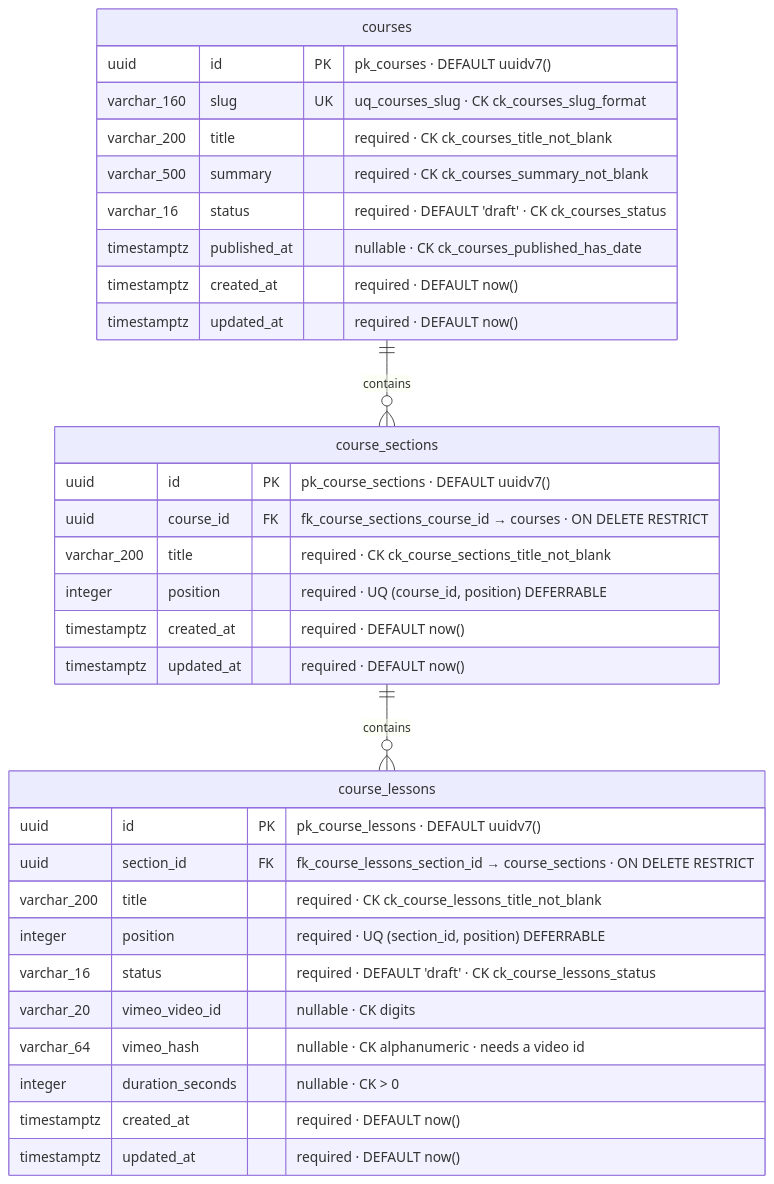
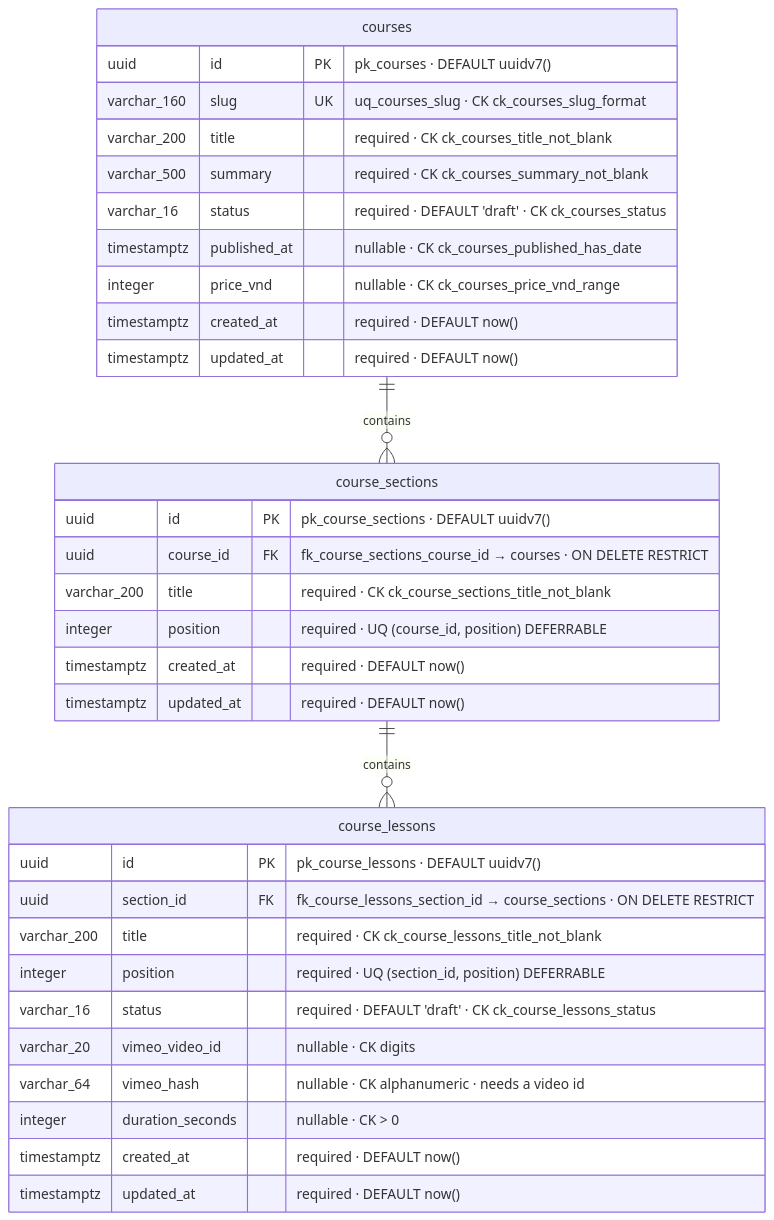
The seventh of 11 diagrams in docs/database.md (kienquocnguyen/xuan-api), drawn with Mermaid before and after one commit. The commit also changed other lines of this file and 6 other files, not shown here.

First line of the commit message:
docs: record the course sales and VNPAY design, contract and schema

````diff
--- a/docs/database.md
+++ b/docs/database.md
@@ -587,35 +588,36 @@
 ```mermaid
 erDiagram
     courses ||--o{ course_sections : "contains"
     course_sections ||--o{ course_lessons : "contains"
     courses {
         uuid id PK "pk_courses · DEFAULT uuidv7()"
         varchar_160 slug UK "uq_courses_slug · CK ck_courses_slug_format"
         varchar_200 title "required · CK ck_courses_title_not_blank"
         varchar_500 summary "required · CK ck_courses_summary_not_blank"
         varchar_16 status "required · DEFAULT 'draft' · CK ck_courses_status"
         timestamptz published_at "nullable · CK ck_courses_published_has_date"
+        integer price_vnd "nullable · CK ck_courses_price_vnd_range"
         timestamptz created_at "required · DEFAULT now()"
         timestamptz updated_at "required · DEFAULT now()"
     }
     course_sections {
         uuid id PK "pk_course_sections · DEFAULT uuidv7()"
         uuid course_id FK "fk_course_sections_course_id → courses · ON DELETE RESTRICT"
         varchar_200 title "required · CK ck_course_sections_title_not_blank"
         integer position "required · UQ (course_id, position) DEFERRABLE"
         timestamptz created_at "required · DEFAULT now()"
         timestamptz updated_at "required · DEFAULT now()"
     }
     course_lessons {
         uuid id PK "pk_course_lessons · DEFAULT uuidv7()"
         uuid section_id FK "fk_course_lessons_section_id → course_sections · ON DELETE RESTRICT"
         varchar_200 title "required · CK ck_course_lessons_title_not_blank"
         integer position "required · UQ (section_id, position) DEFERRABLE"
         varchar_16 status "required · DEFAULT 'draft' · CK ck_course_lessons_status"
         varchar_20 vimeo_video_id "nullable · CK digits"
         varchar_64 vimeo_hash "nullable · CK alphanumeric · needs a video id"
         integer duration_seconds "nullable · CK > 0"
         timestamptz created_at "required · DEFAULT now()"
         timestamptz updated_at "required · DEFAULT now()"
     }
 ```
````
